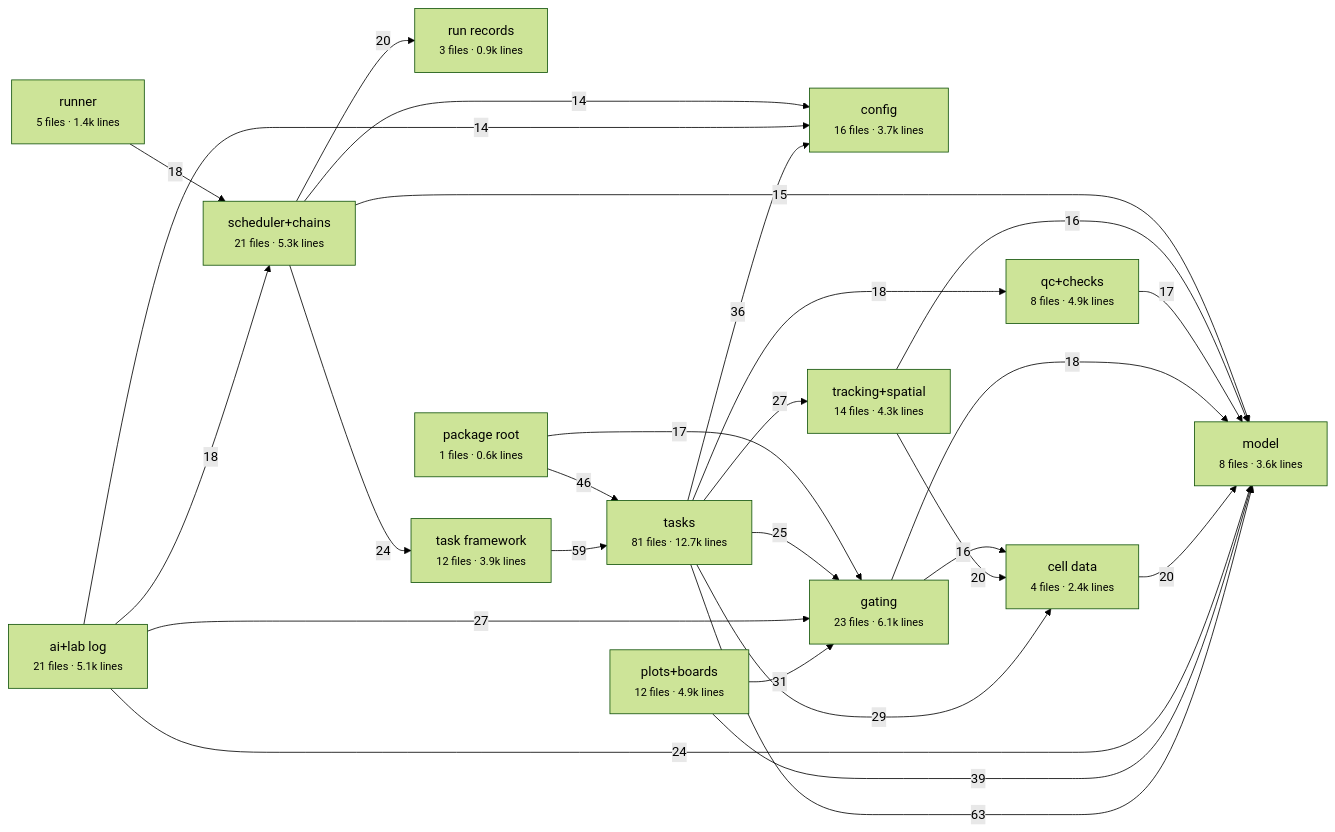
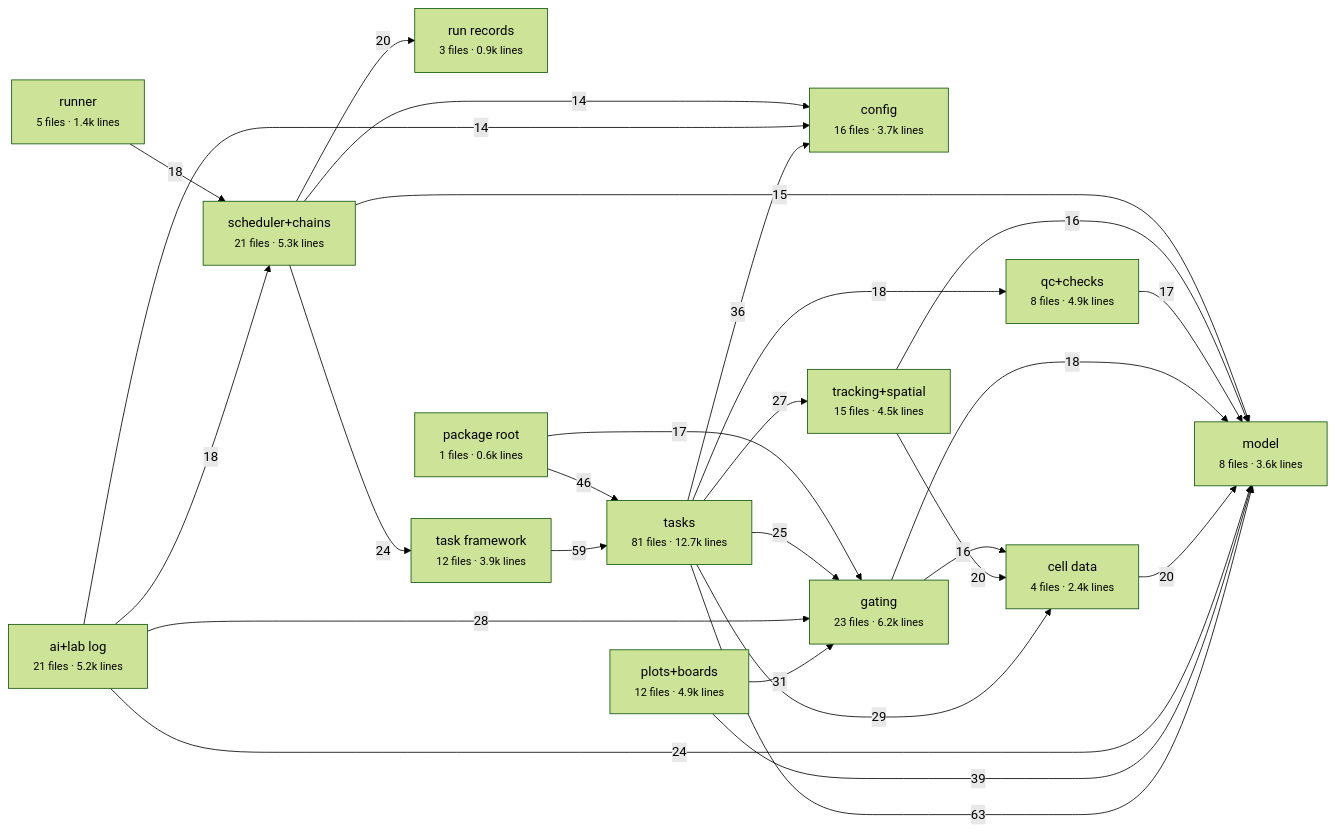
One commit to schienstockd/cecelia changed the first of 2 diagrams in docs/architecture/julia/areas.md. Above: the diagram before and after it, drawn with Mermaid (forest theme). The commit also changed other lines of this file and 33 other files, not shown here.

````diff
--- a/docs/architecture/julia/areas.md
+++ b/docs/architecture/julia/areas.md
@@ -17,43 +17,43 @@
 ```mermaid
 flowchart LR
   model["model<br/><small>8 files · 3.6k lines</small>"]
   config["config<br/><small>16 files · 3.7k lines</small>"]
   run_records["run records<br/><small>3 files · 0.9k lines</small>"]
   scheduler_chains["scheduler+chains<br/><small>21 files · 5.3k lines</small>"]
   task_framework["task framework<br/><small>12 files · 3.9k lines</small>"]
   tasks["tasks<br/><small>81 files · 12.7k lines</small>"]
   runner["runner<br/><small>5 files · 1.4k lines</small>"]
   cell_data["cell data<br/><small>4 files · 2.4k lines</small>"]
-  gating["gating<br/><small>23 files · 6.1k lines</small>"]
-  tracking_spatial["tracking+spatial<br/><small>14 files · 4.3k lines</small>"]
+  gating["gating<br/><small>23 files · 6.2k lines</small>"]
+  tracking_spatial["tracking+spatial<br/><small>15 files · 4.5k lines</small>"]
   qc_checks["qc+checks<br/><small>8 files · 4.9k lines</small>"]
   plots_boards["plots+boards<br/><small>12 files · 4.9k lines</small>"]
-  ai_lab_log["ai+lab log<br/><small>21 files · 5.1k lines</small>"]
+  ai_lab_log["ai+lab log<br/><small>21 files · 5.2k lines</small>"]
   package_root["package root<br/><small>1 files · 0.6k lines</small>"]
   tasks -->|63| model
   task_framework -->|59| tasks
   package_root -->|46| tasks
   plots_boards -->|39| model
   tasks -->|36| config
   plots_boards -->|31| gating
   tasks -->|29| cell_data
-  ai_lab_log -->|27| gating
+  ai_lab_log -->|28| gating
   tasks -->|27| tracking_spatial
   tasks -->|25| gating
   ai_lab_log -->|24| model
   scheduler_chains -->|24| task_framework
   cell_data -->|20| model
   scheduler_chains -->|20| run_records
   tracking_spatial -->|20| cell_data
   ai_lab_log -->|18| scheduler_chains
   gating -->|18| model
   runner -->|18| scheduler_chains
   tasks -->|18| qc_checks
   package_root -->|17| gating
   qc_checks -->|17| model
   gating -->|16| cell_data
   tracking_spatial -->|16| model
   scheduler_chains -->|15| model
   ai_lab_log -->|14| config
   scheduler_chains -->|14| config
 ```
````
